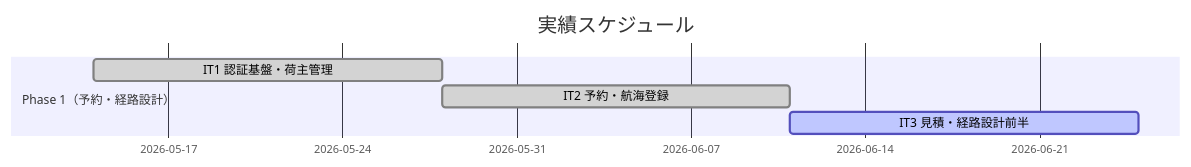
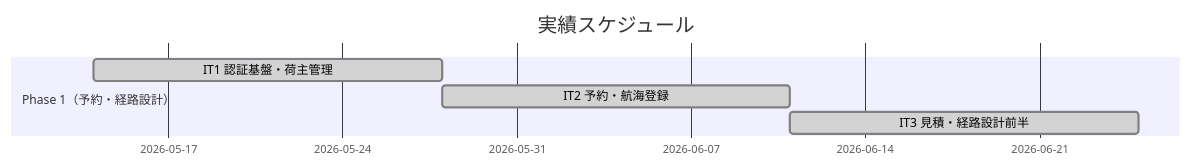
Before and after one commit to k2works/case-study-cargo-tracker: the second of 3 diagrams in docs/development/release_plan.md, drawn with Mermaid. The commit also changed other lines of this file and 5 other files, not shown here.

````diff
--- a/docs/development/release_plan.md
+++ b/docs/development/release_plan.md
@@ -162,9 +162,9 @@
 ```mermaid
 gantt
     title 実績スケジュール
     dateFormat  YYYY-MM-DD
     section Phase 1（予約・経路設計）
     IT1 認証基盤・荷主管理       :done, a1, 2026-05-14, 14d
     IT2 予約・航海登録           :done, a2, after a1, 14d
-    IT3 見積・経路設計前半       :active, a3, after a2, 14d
+    IT3 見積・経路設計前半       :done, a3, after a2, 14d
 ```
````
